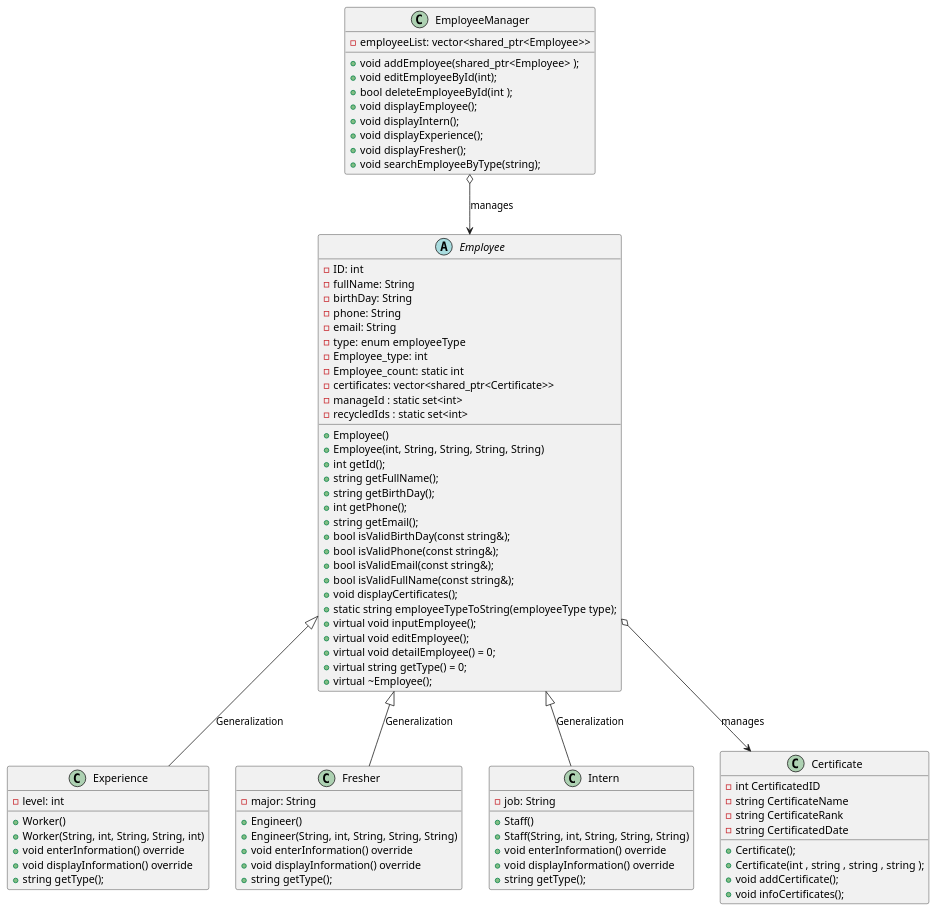
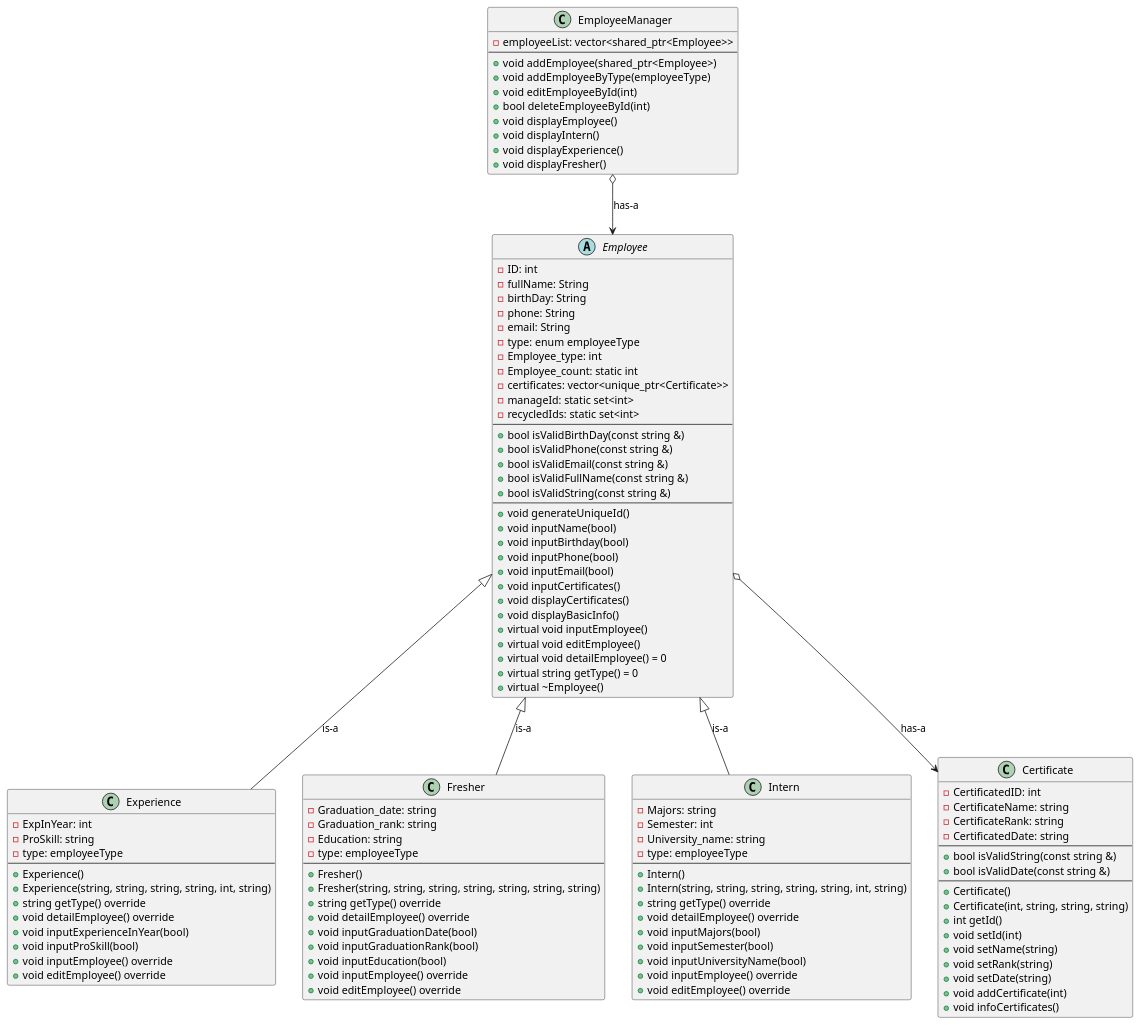
The diagram in .Assigment/OOP/ex13/diagram/diagram.wsd (baobluebird/Basic-C-Cplusplus), drawn with PlantUML before and after one commit. The commit also changed 42 other files, not shown here.

```diff
--- a/.Assigment/OOP/ex13/diagram/diagram.wsd
+++ b/.Assigment/OOP/ex13/diagram/diagram.wsd
@@ -1,90 +1,125 @@
 @startuml
 
 abstract class Employee {
-  - ID: int
-  - fullName: String
-  - birthDay: String
-  - phone: String
-  - email: String
-  - type: enum employeeType
-  - Employee_type: int
-  - Employee_count: static int
-  - certificates: vector<shared_ptr<Certificate>>
-  - manageId : static set<int> 
-  - recycledIds : static set<int>
-  + Employee()
-  + Employee(int, String, String, String, String)
-  + int getId();
-  + string getFullName();
-  + string getBirthDay();
-  + int getPhone();
-  + string getEmail();
-  + bool isValidBirthDay(const string&);
-  + bool isValidPhone(const string&);
-  + bool isValidEmail(const string&);
-  + bool isValidFullName(const string&);
-  + void displayCertificates();
-  + static string employeeTypeToString(employeeType type);
-  + virtual void inputEmployee();
-  + virtual void editEmployee();
-  + virtual void detailEmployee() = 0;
-  + virtual string getType() = 0;
-  + virtual ~Employee();
+    - ID: int
+    - fullName: String
+    - birthDay: String
+    - phone: String
+    - email: String
+    - type: enum employeeType
+    - Employee_type: int
+    - Employee_count: static int
+    - certificates: vector<unique_ptr<Certificate>>
+    - manageId: static set<int> 
+    - recycledIds: static set<int>
+    --
+    + bool isValidBirthDay(const string &)
+    + bool isValidPhone(const string &)
+    + bool isValidEmail(const string &)
+    + bool isValidFullName(const string &)
+    + bool isValidString(const string &)
+    --
+    + void generateUniqueId()
+    + void inputName(bool)
+    + void inputBirthday(bool)
+    + void inputPhone(bool)
+    + void inputEmail(bool)
+    + void inputCertificates()
+    + void displayCertificates()
+    + void displayBasicInfo()
+    + virtual void inputEmployee()
+    + virtual void editEmployee()
+    + virtual void detailEmployee() = 0
+    + virtual string getType() = 0
+    + virtual ~Employee()
 }
 
 class Experience {
-  - level: int
-  + Worker()
-  + Worker(String, int, String, String, int)
-  + void enterInformation() override
-  + void displayInformation() override
-  + string getType();
+    - ExpInYear: int
+    - ProSkill: string 
+    - type: employeeType
+    --
+    + Experience()
+    + Experience(string, string, string, string, int, string)
+    + string getType() override
+    + void detailEmployee() override
+    + void inputExperienceInYear(bool)
+    + void inputProSkill(bool)
+    + void inputEmployee() override
+    + void editEmployee() override
 }
 
 class Fresher {
-  - major: String
-  + Engineer()
-  + Engineer(String, int, String, String, String)
-  + void enterInformation() override
-  + void displayInformation() override
-  + string getType();
+    - Graduation_date: string 
+    - Graduation_rank: string 
+    - Education: string 
+    - type: employeeType
+    --
+    + Fresher()
+    + Fresher(string, string, string, string, string, string, string)
+    + string getType() override
+    + void detailEmployee() override
+    + void inputGraduationDate(bool)
+    + void inputGraduationRank(bool)
+    + void inputEducation(bool)
+    + void inputEmployee() override
+    + void editEmployee() override
 }
 
 class Intern {
-  - job: String
-  + Staff()
-  + Staff(String, int, String, String, String)
-  + void enterInformation() override
-  + void displayInformation() override
-  + string getType();
+    - Majors: string 
+    - Semester: int 
+    - University_name: string 
+    - type: employeeType
+    --
+    + Intern()
+    + Intern(string, string, string, string, string, int, string)
+    + string getType() override
+    + void detailEmployee() override
+    + void inputMajors(bool)
+    + void inputSemester(bool)
+    + void inputUniversityName(bool)
+    + void inputEmployee() override
+    + void editEmployee() override
 }
 
 class Certificate {
-    - int CertificatedID
-    - string CertificateName
-    - string CertificateRank
-    - string CertificatedDate
-    + Certificate(); 
-    + Certificate(int , string , string , string );
-    + void addCertificate();
-    + void infoCertificates();
+    - CertificatedID: int
+    - CertificateName: string
+    - CertificateRank: string
+    - CertificatedDate: string
+    --
+    + bool isValidString(const string &)
+    + bool isValidDate(const string &)
+    --
+    + Certificate() 
+    + Certificate(int, string, string, string)
+    + int getId()
+    + void setId(int)
+    + void setName(string)
+    + void setRank(string)
+    + void setDate(string)
+    + void addCertificate(int)
+    + void infoCertificates()
 }
 
 class EmployeeManager {
-  - employeeList: vector<shared_ptr<Employee>>
-  + void addEmployee(shared_ptr<Employee> );
-  + void editEmployeeById(int);
-  + bool deleteEmployeeById(int );
-  + void displayEmployee();
-  + void displayIntern();
-  + void displayExperience();
-  + void displayFresher();
-  + void searchEmployeeByType(string);
+    - employeeList: vector<shared_ptr<Employee>>
+    --
+    + void addEmployee(shared_ptr<Employee>)
+    + void addEmployeeByType(employeeType)
+    + void editEmployeeById(int)
+    + bool deleteEmployeeById(int)
+    + void displayEmployee()
+    + void displayIntern()
+    + void displayExperience()
+    + void displayFresher()
 }
 
-Employee <|-- Experience : Generalization 
-Employee <|-- Fresher : Generalization 
-Employee <|-- Intern : Generalization 
-EmployeeManager o--> Employee : manages
-Employee o--> Certificate : manages
+Employee <|-- Experience : is-a
+Employee <|-- Fresher : is-a
+Employee <|-- Intern : is-a
+EmployeeManager o--> Employee : has-a
+Employee o--> Certificate : has-a
+
 @enduml
```
